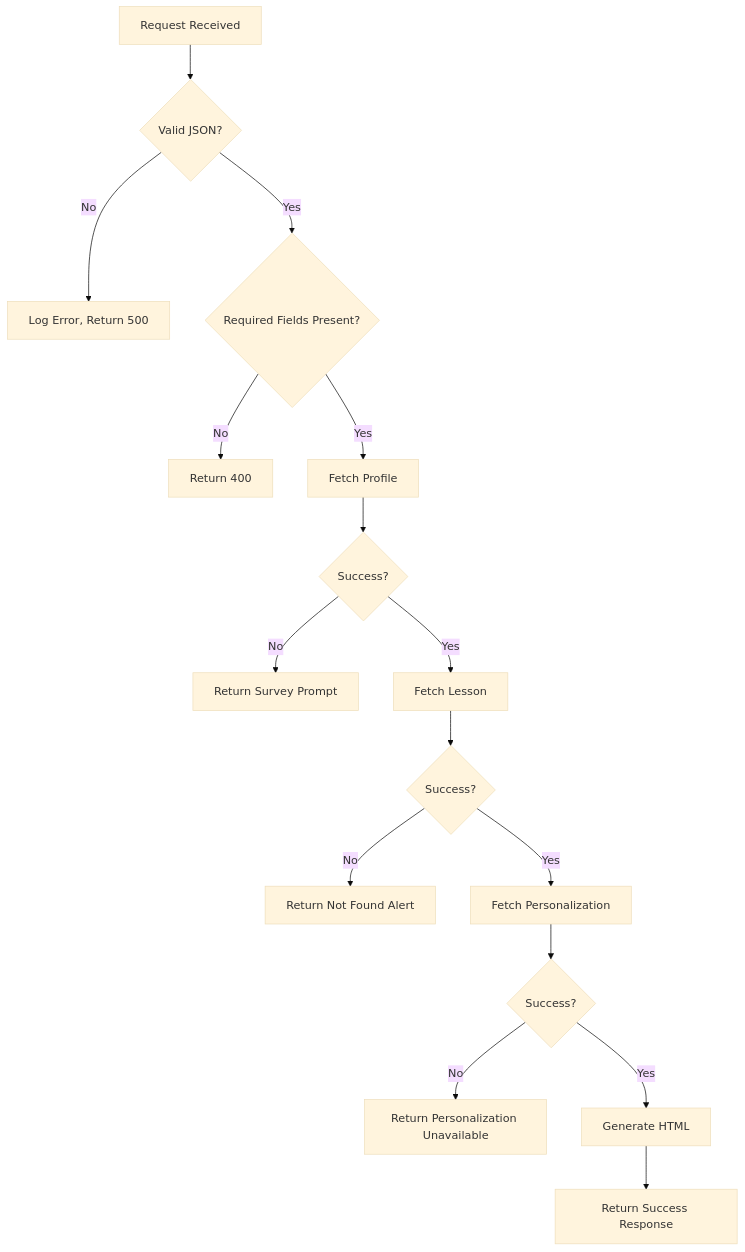
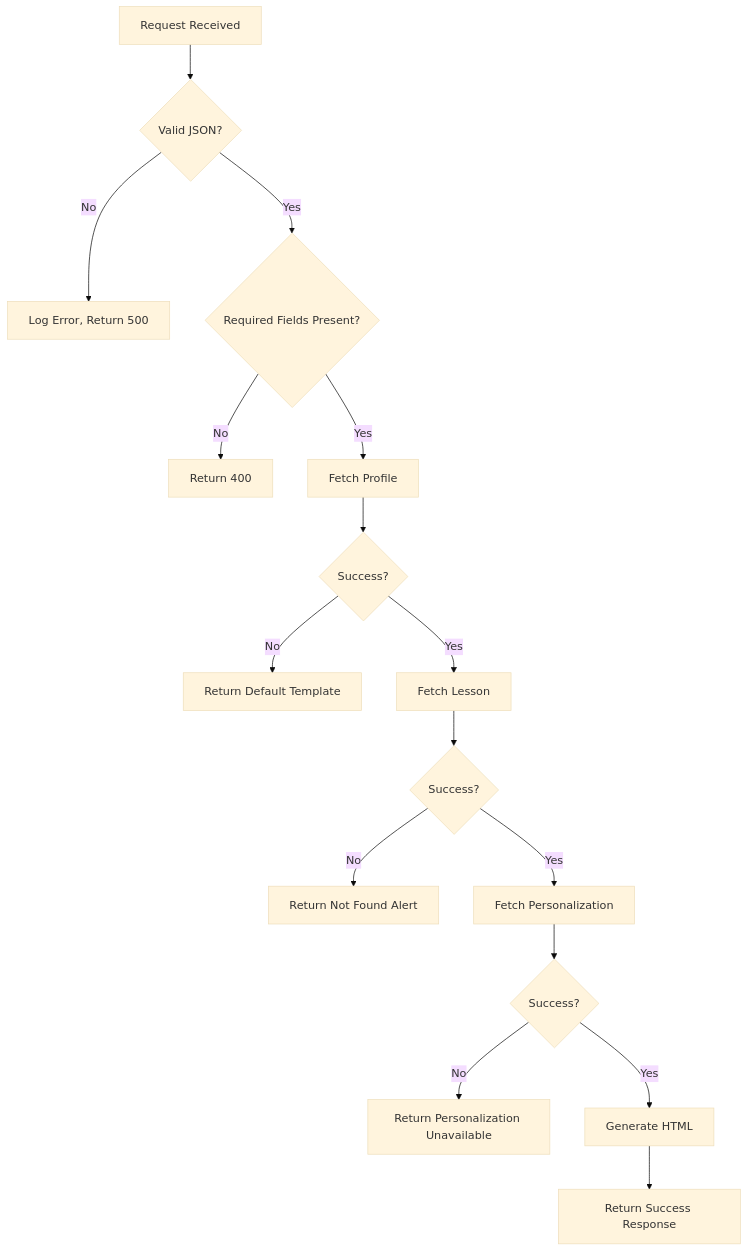
One commit to lommaks777/pesonalisev2 changed the fifth of 5 diagrams in .qoder/repowiki/en/content/API Reference/POST _api_persona_block.md. Above: the diagram before and after it, drawn with Mermaid (base theme). The commit also changed other lines of this file and 16 other files, not shown here.

First line of the commit message:
feat(api): add CORS support and default template fallback for persona endpoints

````diff
--- a/.qoder/repowiki/en/content/API Reference/POST _api_persona_block.md
+++ b/.qoder/repowiki/en/content/API Reference/POST _api_persona_block.md
@@ -234,18 +247,18 @@
 ```mermaid
 flowchart TD
 A[Request Received] --> B{Valid JSON?}
 B --> |No| C[Log Error, Return 500]
 B --> |Yes| D{Required Fields Present?}
 D --> |No| E[Return 400]
 D --> |Yes| F[Fetch Profile]
 F --> G{Success?}
-G --> |No| H[Return Survey Prompt]
+G --> |No| H[Return Default Template]
 G --> |Yes| I[Fetch Lesson]
 I --> J{Success?}
 J --> |No| K[Return Not Found Alert]
 J --> |Yes| L[Fetch Personalization]
 L --> M{Success?}
 M --> |No| N[Return Personalization Unavailable]
 M --> |Yes| O[Generate HTML]
 O --> P[Return Success Response]
 ```
````
